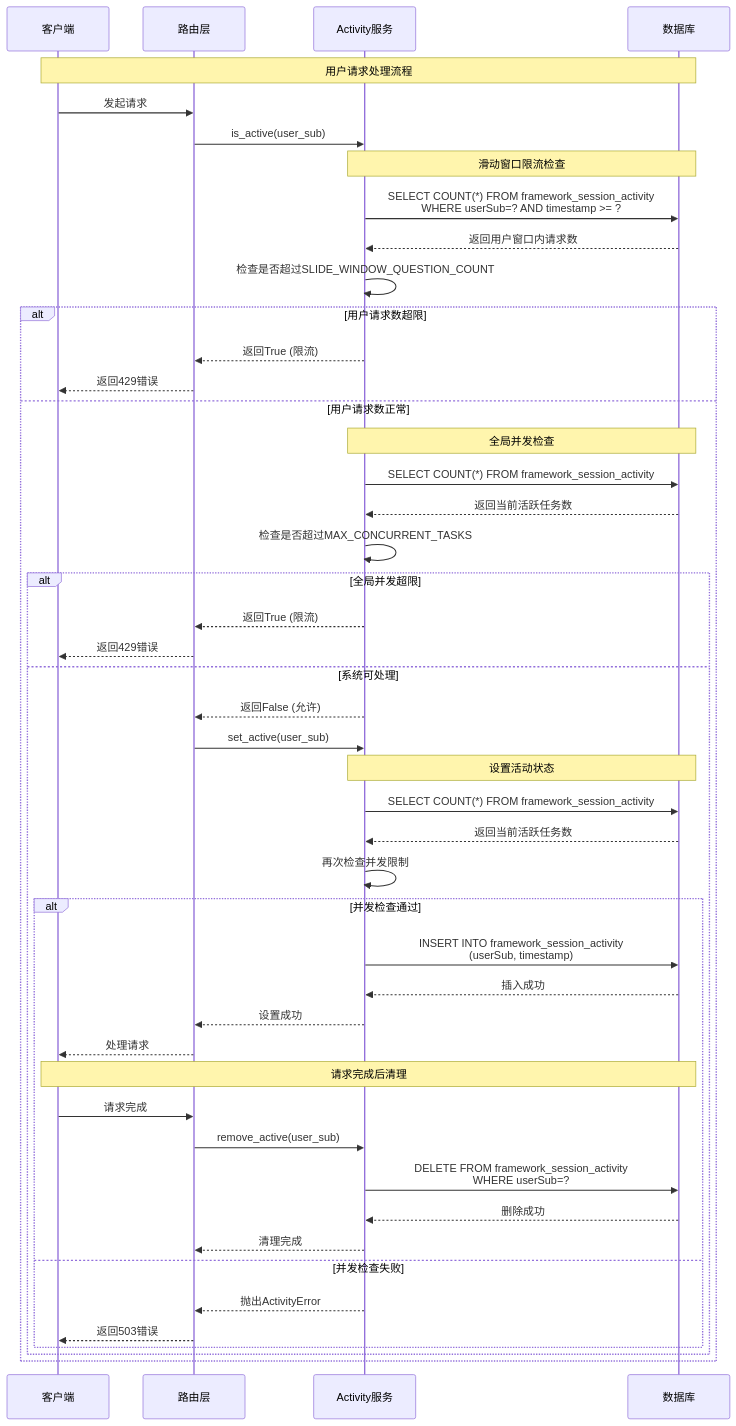
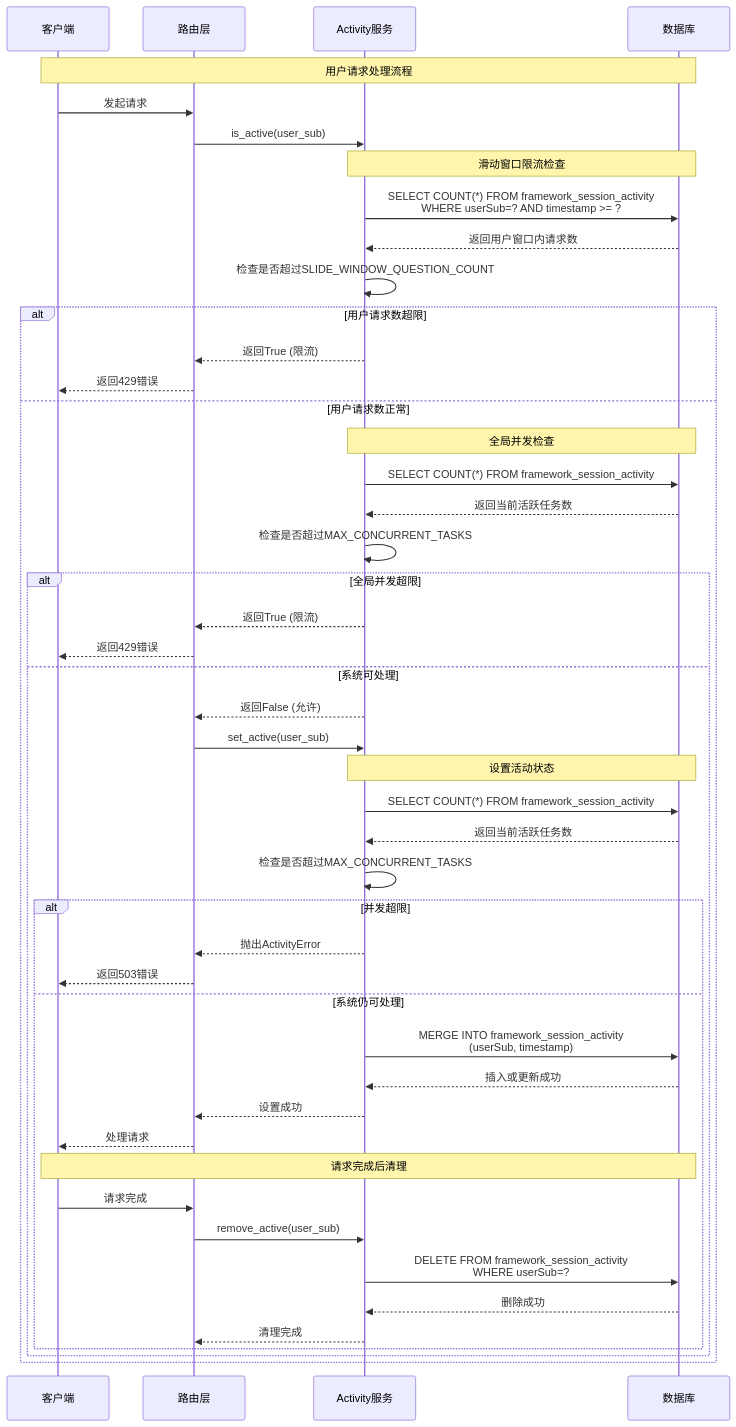
The first of 5 diagrams in design/services/activity.md (HongyuS/euler-copilot-framework), drawn with Mermaid before and after one commit. The commit also changed other lines of this file and 7 other files, not shown here.

````diff
--- a/design/services/activity.md
+++ b/design/services/activity.md
@@ -47,56 +50,56 @@
 ```mermaid
 sequenceDiagram
     participant Client as 客户端
     participant Router as 路由层
     participant Activity as Activity服务
     participant DB as 数据库
 
     Note over Client, DB: 用户请求处理流程
     Client->>Router: 发起请求
     Router->>Activity: is_active(user_sub)
     
     Note over Activity, DB: 滑动窗口限流检查
     Activity->>DB: SELECT COUNT(*) FROM framework_session_activity<br/>WHERE userSub=? AND timestamp >= ?
     DB-->>Activity: 返回用户窗口内请求数
     Activity->>Activity: 检查是否超过SLIDE_WINDOW_QUESTION_COUNT
     
     alt 用户请求数超限
         Activity-->>Router: 返回True (限流)
         Router-->>Client: 返回429错误
     else 用户请求数正常
         Note over Activity, DB: 全局并发检查
         Activity->>DB: SELECT COUNT(*) FROM framework_session_activity
         DB-->>Activity: 返回当前活跃任务数
         Activity->>Activity: 检查是否超过MAX_CONCURRENT_TASKS
         
         alt 全局并发超限
             Activity-->>Router: 返回True (限流)
             Router-->>Client: 返回429错误
         else 系统可处理
             Activity-->>Router: 返回False (允许)
             Router->>Activity: set_active(user_sub)
             
             Note over Activity, DB: 设置活动状态
             Activity->>DB: SELECT COUNT(*) FROM framework_session_activity
             DB-->>Activity: 返回当前活跃任务数
-            Activity->>Activity: 再次检查并发限制
+            Activity->>Activity: 检查是否超过MAX_CONCURRENT_TASKS
             
-            alt 并发检查通过
-                Activity->>DB: INSERT INTO framework_session_activity<br/>(userSub, timestamp)
-                DB-->>Activity: 插入成功
+            alt 并发超限
+                Activity-->>Router: 抛出ActivityError
+                Router-->>Client: 返回503错误
+            else 系统仍可处理
+                Activity->>DB: MERGE INTO framework_session_activity<br/>(userSub, timestamp)
+                DB-->>Activity: 插入或更新成功
                 Activity-->>Router: 设置成功
                 Router-->>Client: 处理请求
                 
                 Note over Client, DB: 请求完成后清理
                 Client->>Router: 请求完成
                 Router->>Activity: remove_active(user_sub)
                 Activity->>DB: DELETE FROM framework_session_activity<br/>WHERE userSub=?
                 DB-->>Activity: 删除成功
                 Activity-->>Router: 清理完成
-            else 并发检查失败
-                Activity-->>Router: 抛出ActivityError
-                Router-->>Client: 返回503错误
             end
         end
     end
 ```
````
